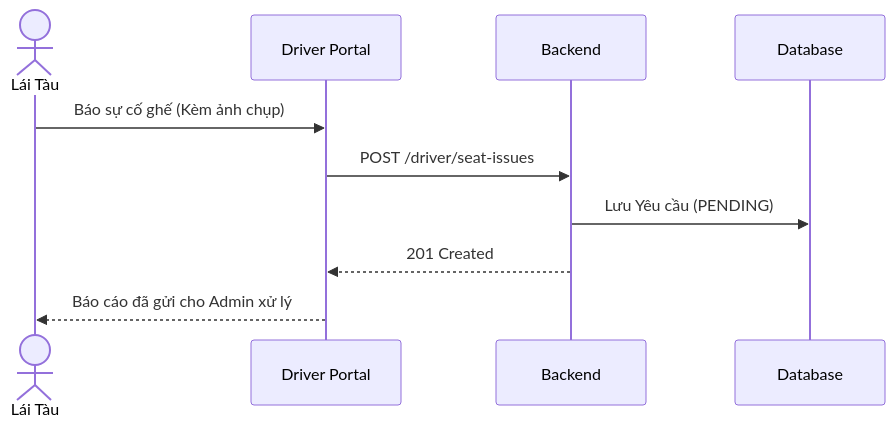
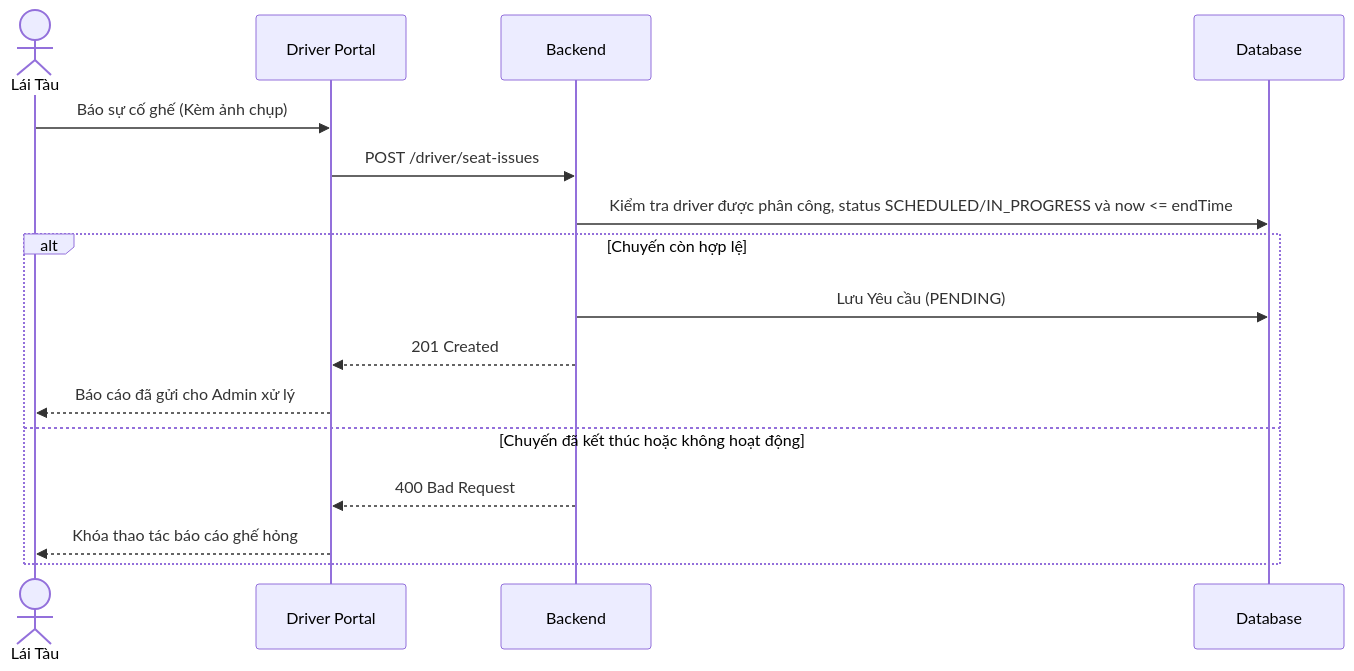
Before and after one commit to letungduong24/train-booking: diagram 20 of 21 in diagrams/sequences/sequence-diagrams.md, drawn with Mermaid. The commit also changed other lines of this file and 69 other files, not shown here.

````diff
--- a/diagrams/sequences/sequence-diagrams.md
+++ b/diagrams/sequences/sequence-diagrams.md
@@ -364,13 +497,19 @@
 ```mermaid
 sequenceDiagram
     actor Driver as Lái Tàu
     participant FE as Driver Portal
     participant API as Backend
     participant DB as Database
     
     Driver->>FE: Báo sự cố ghế (Kèm ảnh chụp)
     FE->>API: POST /driver/seat-issues
-    API->>DB: Lưu Yêu cầu (PENDING)
-    API-->>FE: 201 Created
-    FE-->>Driver: Báo cáo đã gửi cho Admin xử lý
+    API->>DB: Kiểm tra driver được phân công, status SCHEDULED/IN_PROGRESS và now <= endTime
+    alt Chuyến còn hợp lệ
+        API->>DB: Lưu Yêu cầu (PENDING)
+        API-->>FE: 201 Created
+        FE-->>Driver: Báo cáo đã gửi cho Admin xử lý
+    else Chuyến đã kết thúc hoặc không hoạt động
+        API-->>FE: 400 Bad Request
+        FE-->>Driver: Khóa thao tác báo cáo ghế hỏng
+    end
 ```
````
